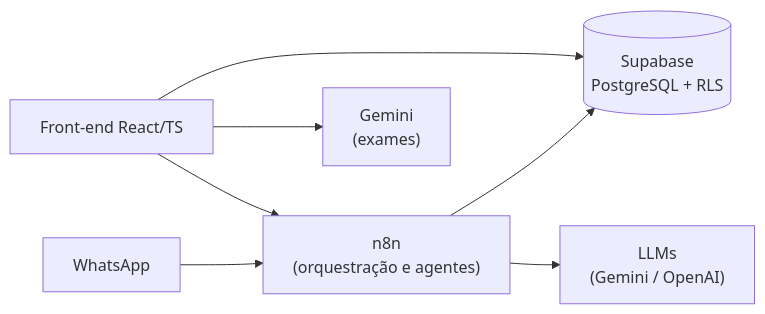
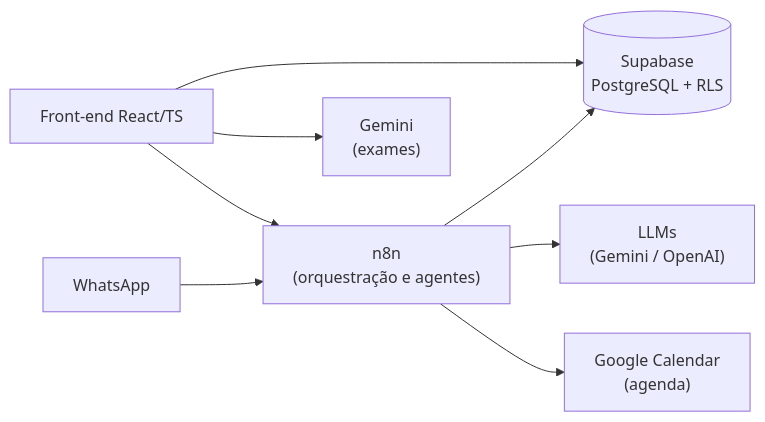
One commit to ia8d/med_2.0 changed the diagram in README.md. Above: the diagram before and after it, drawn with Mermaid. The commit also changed other lines of this file, not shown here.

````diff
--- a/README.md
+++ b/README.md
@@ -73,9 +32,10 @@
 ```mermaid
 flowchart LR
     WA["WhatsApp"] --> N8N["n8n<br/>(orquestração e agentes)"]
     N8N --> SB[("Supabase<br/>PostgreSQL + RLS")]
     FE["Front-end React/TS"] --> SB
     FE --> N8N
     N8N --> LLM["LLMs<br/>(Gemini / OpenAI)"]
+    N8N --> GCAL["Google Calendar<br/>(agenda)"]
     FE --> GEM["Gemini<br/>(exames)"]
 ```
````
